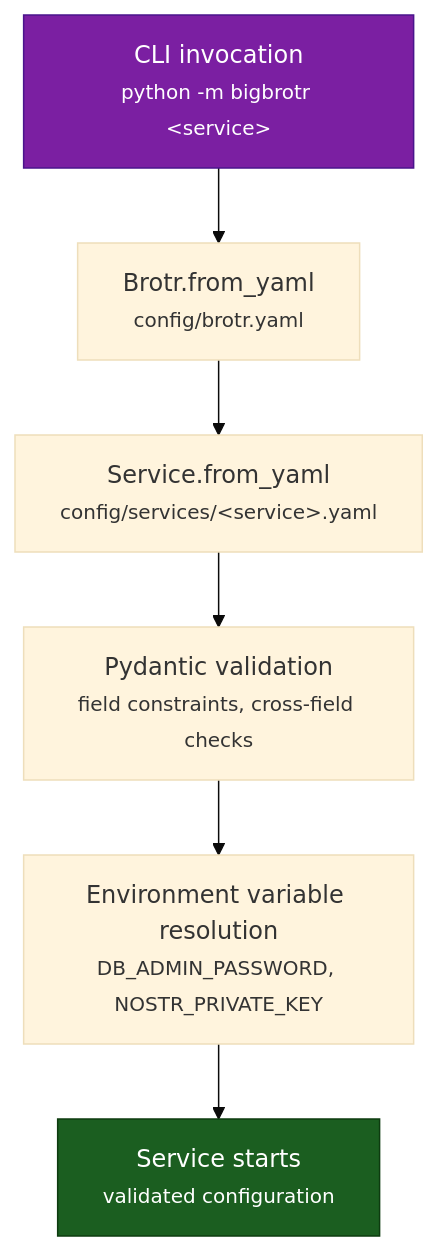
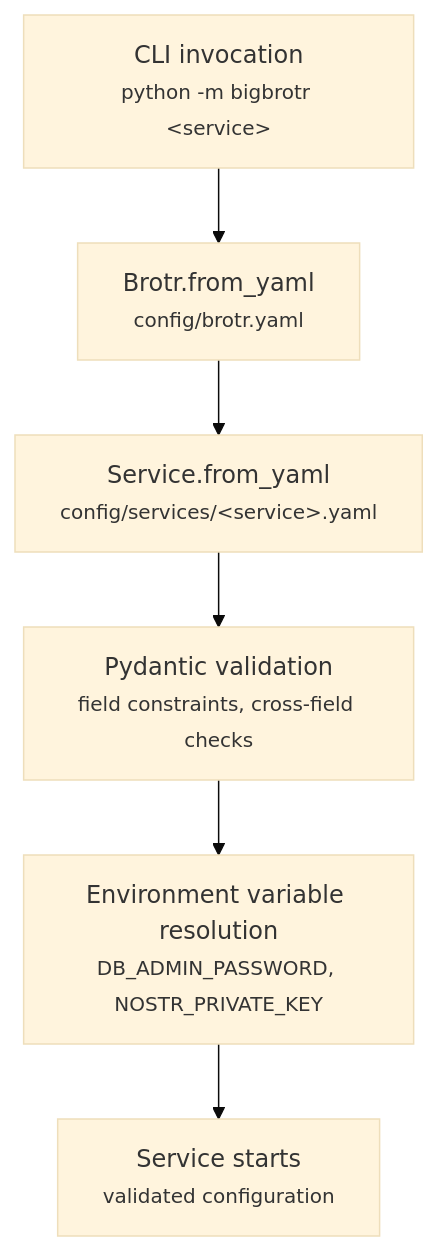
Before and after one commit to BigBrotr/bigbrotr: the diagram in docs/user-guide/configuration.md, drawn with Mermaid (base theme). The commit also changed 10 other files, not shown here.

````diff
--- a/docs/user-guide/configuration.md
+++ b/docs/user-guide/configuration.md
@@ -18,11 +18,9 @@
 ```mermaid
 flowchart TD
     A["CLI invocation<br/><small>python -m bigbrotr &lt;service&gt;</small>"] --> B["Brotr.from_yaml<br/><small>config/brotr.yaml</small>"]
     B --> C["Service.from_yaml<br/><small>config/services/&lt;service&gt;.yaml</small>"]
     C --> D["Pydantic validation<br/><small>field constraints, cross-field checks</small>"]
     D --> E["Environment variable resolution<br/><small>DB_ADMIN_PASSWORD, NOSTR_PRIVATE_KEY</small>"]
     E --> F["Service starts<br/><small>validated configuration</small>"]
 
-    style A fill:#7B1FA2,color:#fff,stroke:#4A148C
-    style F fill:#1B5E20,color:#fff,stroke:#0D3B0F
 ```
````
